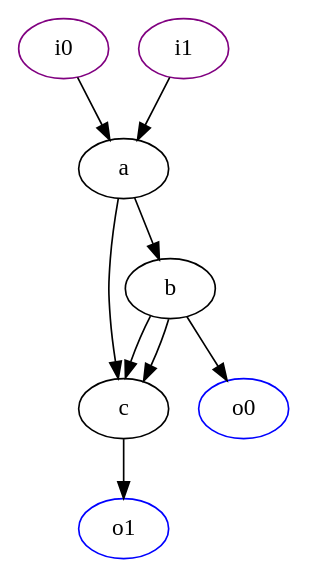
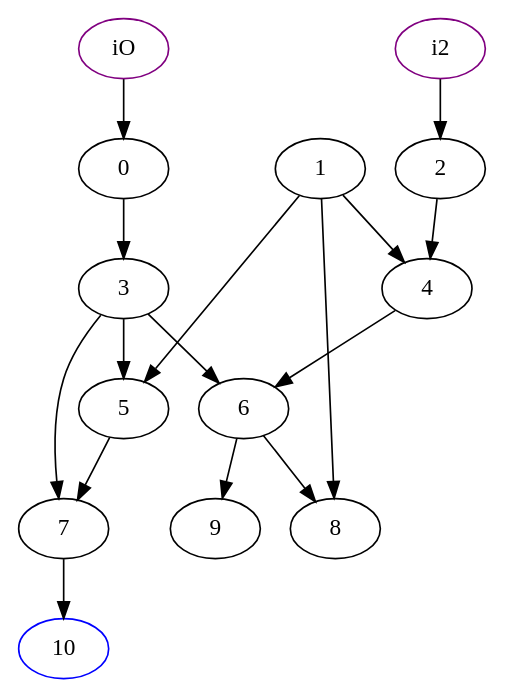
One commit to LSCRSL/Graph changed the diagram in graph.dot. Above: the diagram before and after it, drawn with Graphviz. The commit also changed 3 other files, not shown here.

```diff
--- a/graph.dot
+++ b/graph.dot
@@ -1,17 +1,30 @@
 digraph G{
-0 [label=a, color=black];
-1 [label=b, color=black];
-2 [label=c, color=black];
-3 [label=i0, color=purple];
-4 [label=i1, color=purple];
-5 [label=o0, color=blue];
-6 [label=o1, color=blue];
-0 -> 1;
-0 -> 2;
-1 -> 2;
-1 -> 2;
+21 [label=iO, color=purple];
+20 [label=i2, color=purple];
+0 [label=0, color=black];
+1 [label=1, color=black];
+2 [label=2, color=black];
+3 [label=3, color=black];
+4 [label=4, color=black];
+5 [label=5, color=black];
+6 [label=6, color=black];
+7 [label=7, color=black];
+8 [label=8, color=black];
+9 [label=9, color=black];
+10 [label=10, color=blue];
+21 -> 0;
+20 -> 2;
+0 -> 3;
 1 -> 5;
-2 -> 6;
-3 -> 0;
-4 -> 0;
+1 -> 8;
+1 -> 4;
+2 -> 4;
+3 -> 7;
+3 -> 5;
+3 -> 6;
+4 -> 6;
+5 -> 7;
+6 -> 8;
+6 -> 9;
+7 -> 10;
 }
```
